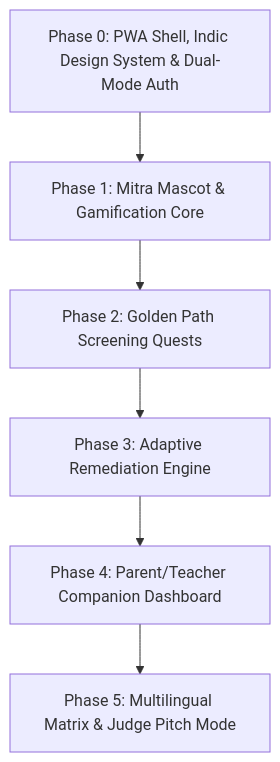
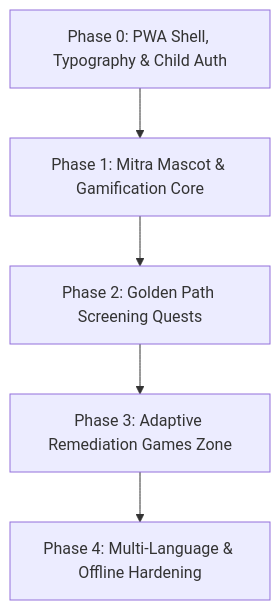
The diagram in MICROPHASES.md (Biraj021/AksharMitra), drawn with Mermaid before and after one commit. The commit also changed other lines of this file, not shown here.

Commit message:
docs: update microphases roadmap to reflect completed phase 0-3 milestones

````diff
--- a/MICROPHASES.md
+++ b/MICROPHASES.md
@@ -19,8 +19,7 @@
 ```mermaid
 graph TD
-    P0[Phase 0: PWA Shell, Indic Design System & Dual-Mode Auth] --> P1[Phase 1: Mitra Mascot & Gamification Core]
+    P0[Phase 0: PWA Shell, Typography & Child Auth] --> P1[Phase 1: Mitra Mascot & Gamification Core]
     P1 --> P2[Phase 2: Golden Path Screening Quests]
-    P2 --> P3[Phase 3: Adaptive Remediation Engine]
-    P3 --> P4[Phase 4: Parent/Teacher Companion Dashboard]
-    P4 --> P5[Phase 5: Multilingual Matrix & Judge Pitch Mode]
+    P2 --> P3[Phase 3: Adaptive Remediation Games Zone]
+    P3 --> P4[Phase 4: Multi-Language & Offline Hardening]
 ```
````
